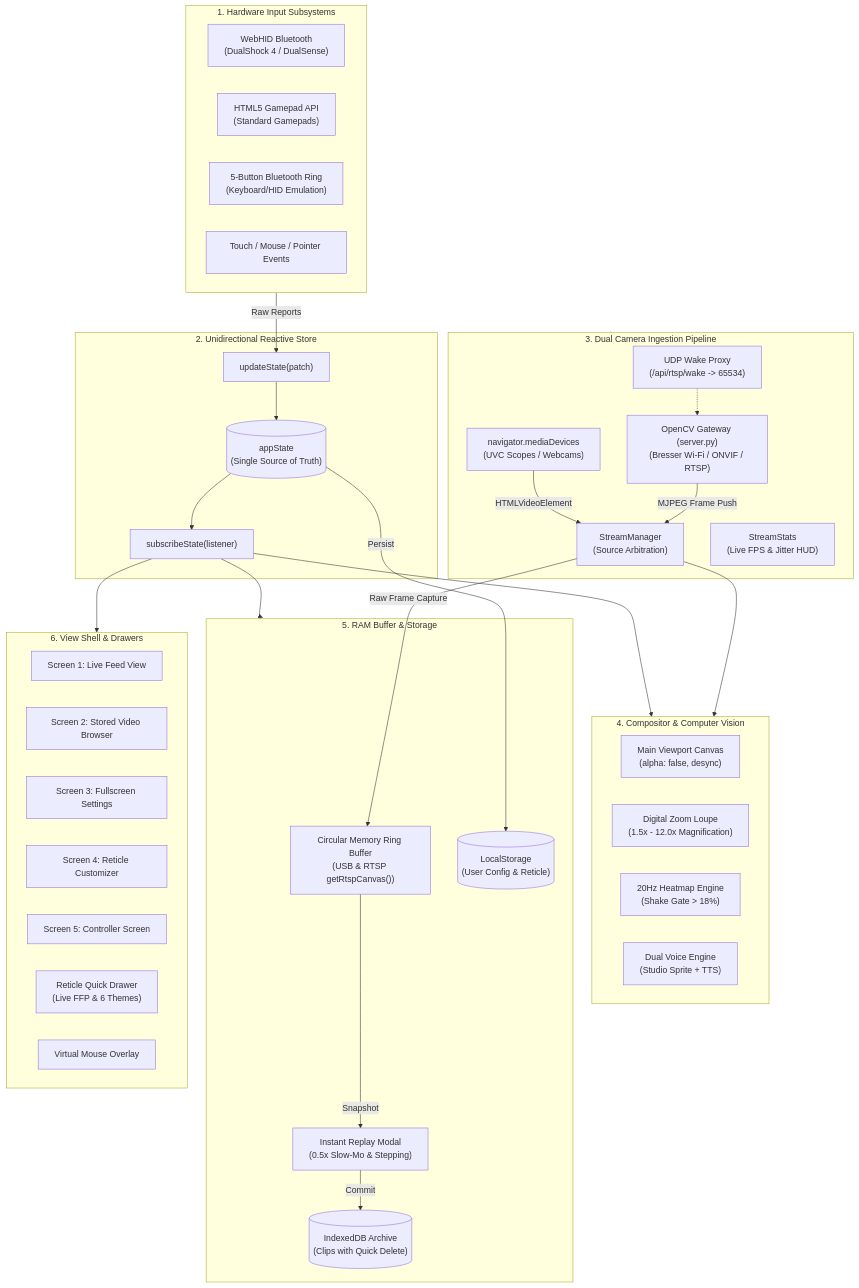
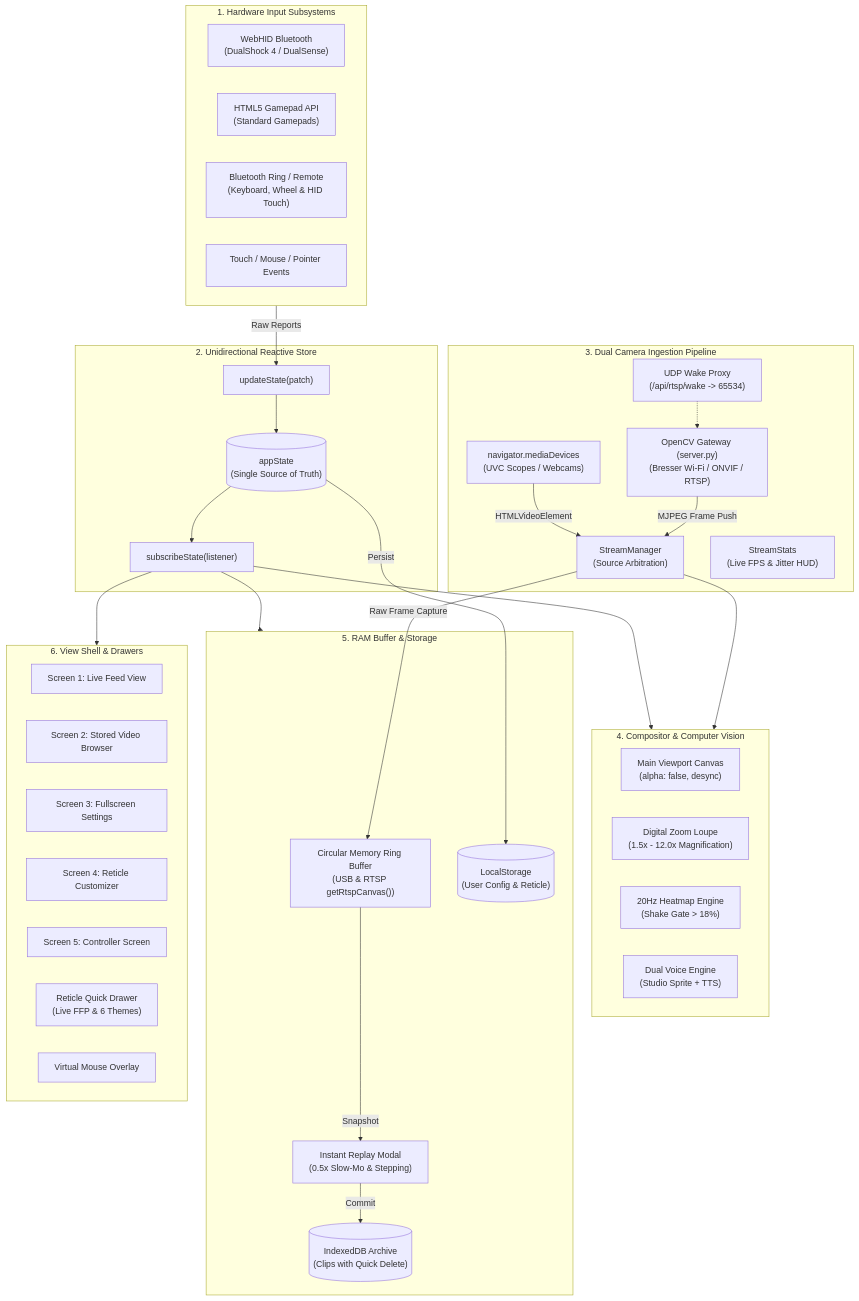
Before and after one commit to animaniac3k/EagleVision: the first of 2 diagrams in docs/ARCHITECTURE.md, drawn with Mermaid. The commit also changed other lines of this file and 5 other files, not shown here.

Commit message:
docs: update architecture, project plan, infographics, and manual to v0.1.1

````diff
--- a/docs/ARCHITECTURE.md
+++ b/docs/ARCHITECTURE.md
@@ -37,62 +37,62 @@
 ```mermaid
 flowchart TD
     subgraph Inputs["1. Hardware Input Subsystems"]
         BT["WebHID Bluetooth<br/>(DualShock 4 / DualSense)"]
         GP["HTML5 Gamepad API<br/>(Standard Gamepads)"]
-        RING["5-Button Bluetooth Ring<br/>(Keyboard/HID Emulation)"]
+        RING["Bluetooth Ring / Remote<br/>(Keyboard, Wheel & HID Touch)"]
         MOUSE["Touch / Mouse / Pointer Events"]
     end
 
     subgraph Store["2. Unidirectional Reactive Store"]
         STATE[("appState<br/>(Single Source of Truth)")]
         UPDATE["updateState(patch)"]
         SUB["subscribeState(listener)"]
     end
 
     subgraph CameraEngine["3. Dual Camera Ingestion Pipeline"]
         MEDIA["navigator.mediaDevices<br/>(UVC Scopes / Webcams)"]
         RTSP_GW["OpenCV Gateway (server.py)<br/>(Bresser Wi-Fi / ONVIF / RTSP)"]
         WAKE["UDP Wake Proxy<br/>(/api/rtsp/wake -> 65534)"]
         STREAM["StreamManager<br/>(Source Arbitration)"]
         STATS["StreamStats<br/>(Live FPS & Jitter HUD)"]
     end
 
     subgraph CompositorEngine["4. Compositor & Computer Vision"]
         MAIN_C["Main Viewport Canvas<br/>(alpha: false, desync)"]
         PIP_C["Digital Zoom Loupe<br/>(1.5x - 12.0x Magnification)"]
         HEAT["20Hz Heatmap Engine<br/>(Shake Gate > 18%)"]
         AUDIO["Dual Voice Engine<br/>(Studio Sprite + TTS)"]
     end
 
     subgraph MemoryEngine["5. RAM Buffer & Storage"]
         RAM["Circular Memory Ring Buffer<br/>(USB & RTSP getRtspCanvas())"]
         REPLAY["Instant Replay Modal<br/>(0.5x Slow-Mo & Stepping)"]
         IDB[("IndexedDB Archive<br/>(Clips with Quick Delete)")]
         LOCAL[("LocalStorage<br/>(User Config & Reticle)")]
     end
 
     subgraph UISubsystem["6. View Shell & Drawers"]
         S_LIVE["Screen 1: Live Feed View"]
         S_GALLERY["Screen 2: Stored Video Browser"]
         S_SETTINGS["Screen 3: Fullscreen Settings"]
         S_RETICLE["Screen 4: Reticle Customizer"]
         S_CONTROLLER["Screen 5: Controller Screen"]
         D_RETICLE["Reticle Quick Drawer<br/>(Live FFP & 6 Themes)"]
         V_MOUSE["Virtual Mouse Overlay"]
     end
 
     Inputs -->|Raw Reports| UPDATE
     WAKE -.-> RTSP_GW
     RTSP_GW -->|MJPEG Frame Push| STREAM
     MEDIA -->|HTMLVideoElement| STREAM
     STREAM --> CompositorEngine
     STREAM -->|Raw Frame Capture| RAM
     UPDATE --> STATE
     STATE --> SUB
     SUB --> UISubsystem
     SUB --> CompositorEngine
     SUB --> MemoryEngine
     RAM -->|Snapshot| REPLAY
     REPLAY -->|Commit| IDB
     STATE -->|Persist| LOCAL
 ```
````
